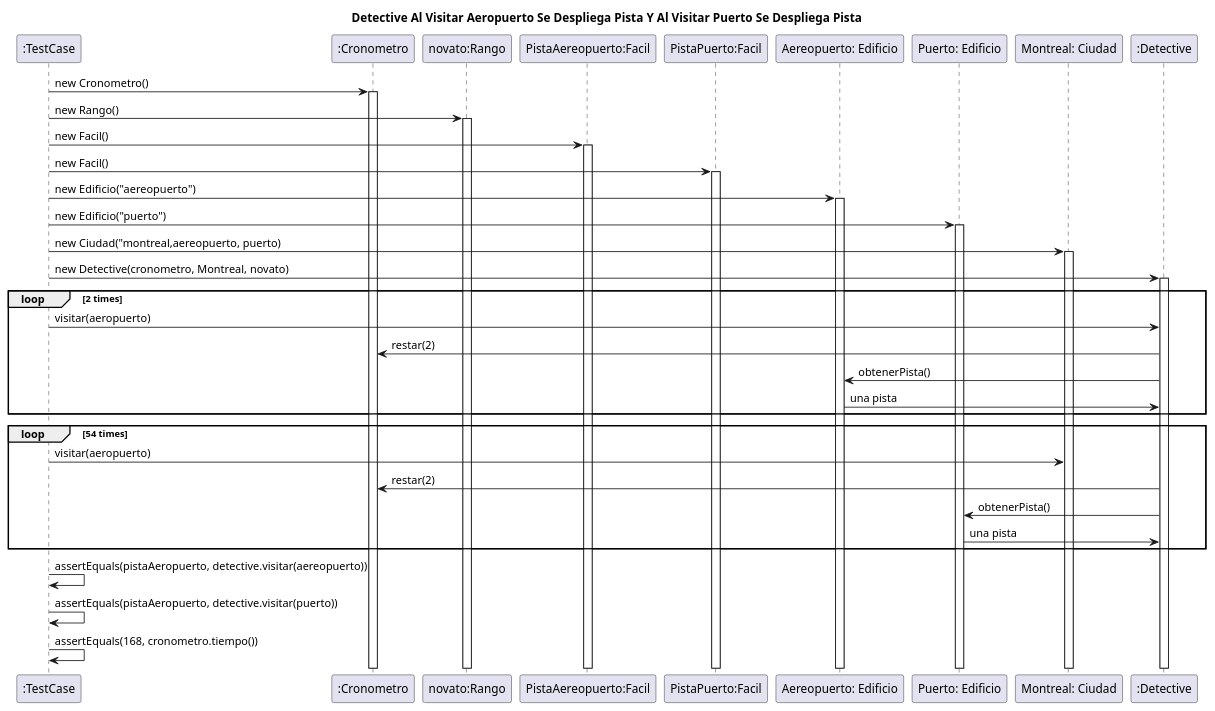
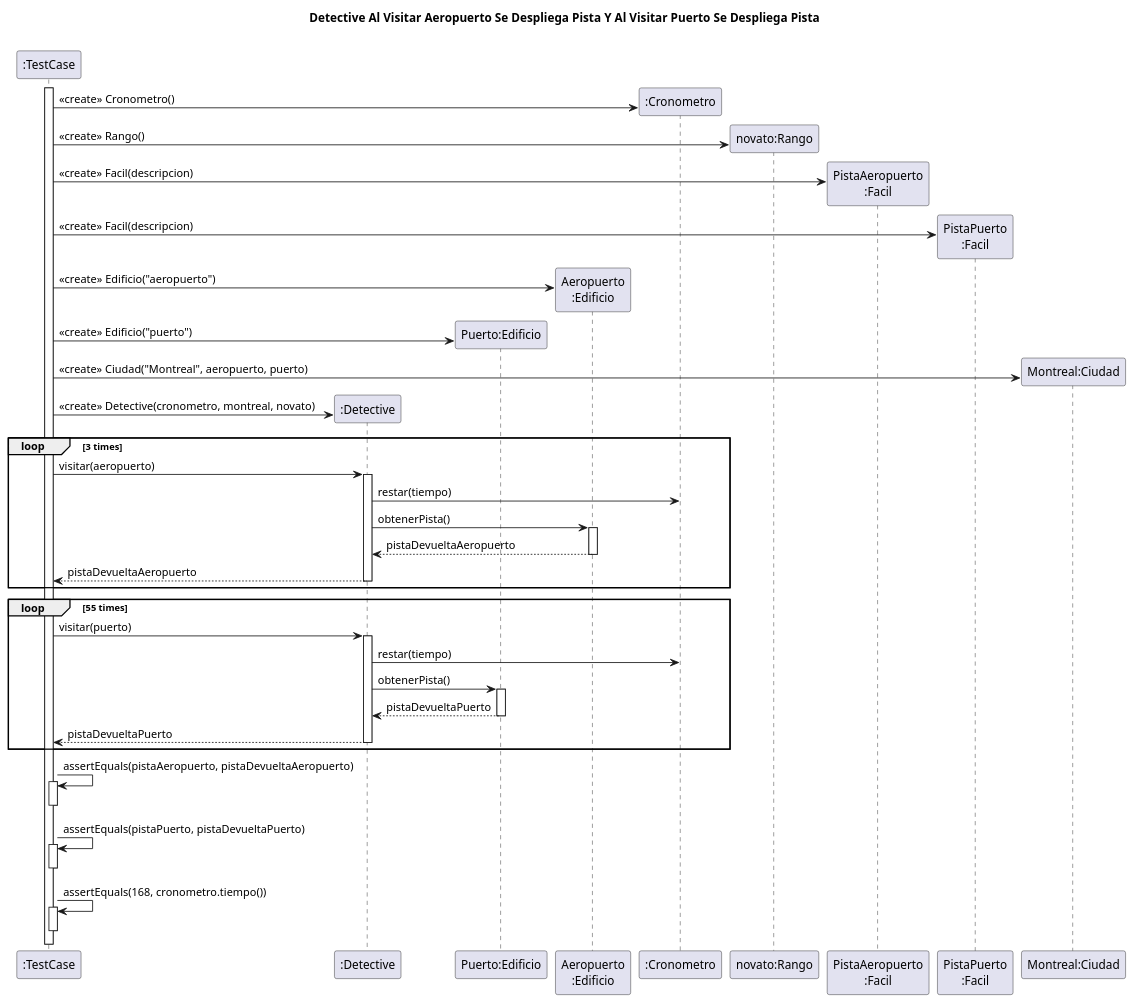
Before and after one commit to MegaRedHand/algo-thief: the diagram in diagrams/sequences/secuencia_testcase04.plantuml, drawn with PlantUML. The commit also changed 9 other files, not shown here.

Commit message:
docs: agrego <<create>> a los diagramas de secuencia

```diff
--- a/diagrams/sequences/secuencia_testcase04.plantuml
+++ b/diagrams/sequences/secuencia_testcase04.plantuml
@@ -1,53 +1,67 @@
 @startuml
 
 title "Detective Al Visitar Aeropuerto Se Despliega Pista Y Al Visitar Puerto Se Despliega Pista"
 
 participant ":TestCase" as testcase
+participant ":Detective" as detective
+participant "Puerto:Edificio" as puerto
+participant "Aeropuerto\n:Edificio" as aeropuerto
 participant ":Cronometro" as crono
 participant "novato:Rango" as rango
+participant "PistaAeropuerto\n:Facil" as pistaAeropuerto
+participant "PistaPuerto\n:Facil" as pistaPuerto
+participant "Montreal:Ciudad" as ciudad
 
-participant "PistaAereopuerto:Facil" as pistaAeropuerto
-participant "PistaPuerto:Facil" as pistaPuerto
+activate testcase
+create crono
+testcase -> crono: <<create>> Cronometro()
+create rango
+testcase -> rango: <<create>> Rango()
+create pistaAeropuerto
+testcase -> pistaAeropuerto: <<create>> Facil(descripcion)
+create pistaPuerto
+testcase -> pistaPuerto: <<create>> Facil(descripcion)
+create aeropuerto
+testcase -> aeropuerto: <<create>> Edificio("aeropuerto")
+create puerto
+testcase -> puerto: <<create>> Edificio("puerto")
+create ciudad
+testcase -> ciudad: <<create>> Ciudad("Montreal", aeropuerto, puerto)
+create detective
+testcase -> detective: <<create>> Detective(cronometro, montreal, novato)
 
-participant "Aereopuerto: Edificio" as aereopuerto
-participant "Puerto: Edificio" as puerto
 
-participant "Montreal: Ciudad" as ciudad
-participant ":Detective" as detective
-
-testcase -> crono: new Cronometro()
-    activate crono
-testcase -> rango: new Rango()
-    activate rango
-testcase -> pistaAeropuerto: new Facil()
-    activate pistaAeropuerto
-testcase -> pistaPuerto: new Facil()
-    activate pistaPuerto
-testcase -> aereopuerto: new Edificio("aereopuerto")
-    activate aereopuerto
-testcase -> puerto: new Edificio("puerto")
-    activate puerto
-testcase -> ciudad: new Ciudad("montreal,aereopuerto, puerto)
-    activate ciudad
-testcase -> detective: new Detective(cronometro, Montreal, novato)
-    activate detective
-loop 2 times
+loop 3 times
     testcase -> detective: visitar(aeropuerto)
-        detective -> crono: restar(2)
-            detective -> aereopuerto: obtenerPista()
-            detective <- aereopuerto: una pista
-end
-loop 54 times
-    testcase -> ciudad: visitar(aeropuerto)
-        detective -> crono: restar(2)
-            detective -> puerto: obtenerPista()
-            detective <- puerto: una pista
+        activate detective
+        detective -> crono: restar(tiempo)
+        detective -> aeropuerto: obtenerPista()
+            activate aeropuerto
+            return pistaDevueltaAeropuerto
+        return pistaDevueltaAeropuerto
 end
 
-testcase -> testcase: assertEquals(pistaAeropuerto, detective.visitar(aereopuerto))
-testcase -> testcase: assertEquals(pistaAeropuerto, detective.visitar(puerto))
-testcase-> testcase: assertEquals(168, cronometro.tiempo())
+loop 55 times
+    testcase -> detective: visitar(puerto)
+        activate detective
+        detective -> crono: restar(tiempo)
+        detective -> puerto: obtenerPista()
+            activate puerto
+            return pistaDevueltaPuerto
+        return pistaDevueltaPuerto
+end
 
 
+testcase -> testcase: assertEquals(pistaAeropuerto, pistaDevueltaAeropuerto)
+activate testcase
+deactivate testcase
+
+testcase -> testcase: assertEquals(pistaPuerto, pistaDevueltaPuerto)
+activate testcase
+deactivate testcase
+
+testcase-> testcase: assertEquals(168, cronometro.tiempo())
+activate testcase
+deactivate testcase
 
 @enduml
```
